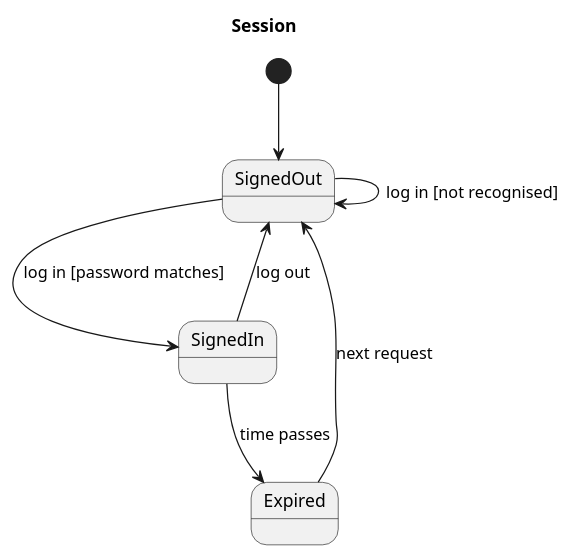
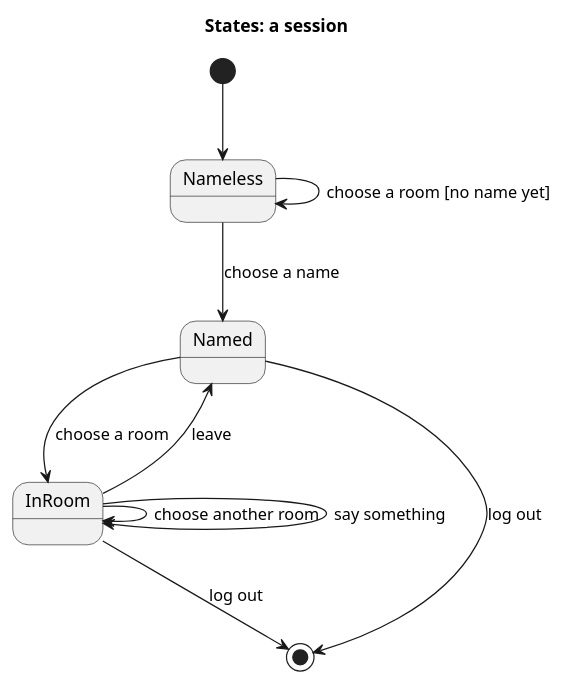
Before and after one commit to blueshed/dzql: the diagram in uml/src/session.puml, drawn with PlantUML. The commit also changed 7 other files, not shown here.

Commit message:
uml: chat -- name, room, say, move, leave, log out -- in types.ts and five diagrams; names match by their words ("Choose a name" names chooseName, "Log out" names logout); a reply is checked only when it goes back to the caller

```diff
--- a/uml/src/session.puml
+++ b/uml/src/session.puml
@@ -1,9 +1,12 @@
 @startuml
-title Session
-[*] --> SignedOut
-SignedOut --> SignedIn : log in [password matches]
-SignedOut --> SignedOut : log in [not recognised]
-SignedIn --> SignedOut : log out
-SignedIn --> Expired : time passes
-Expired --> SignedOut : next request
+title States: a session
+[*] --> Nameless
+Nameless --> Named : choose a name
+Nameless --> Nameless : choose a room [no name yet]
+Named --> InRoom : choose a room
+InRoom --> InRoom : choose another room
+InRoom --> InRoom : say something
+InRoom --> Named : leave
+Named --> [*] : log out
+InRoom --> [*] : log out
 @enduml
```
